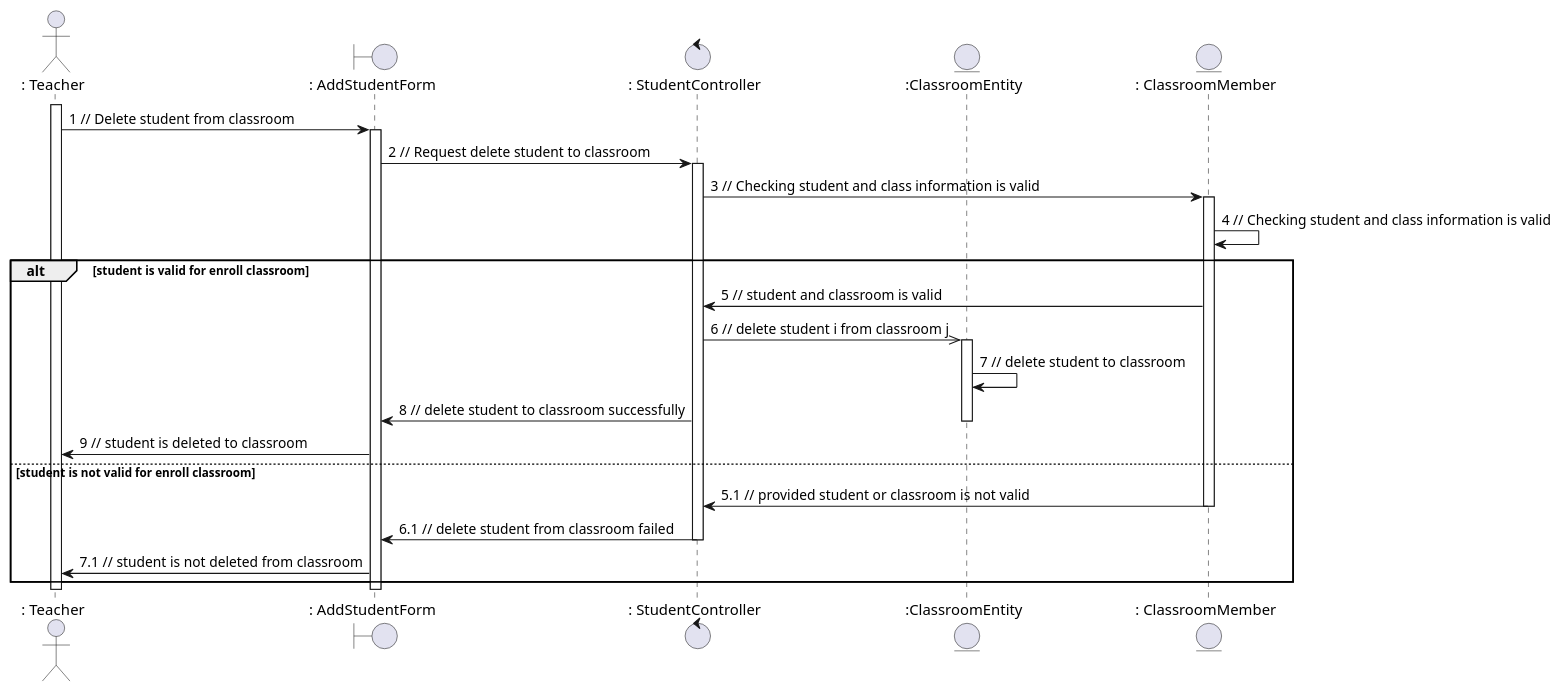
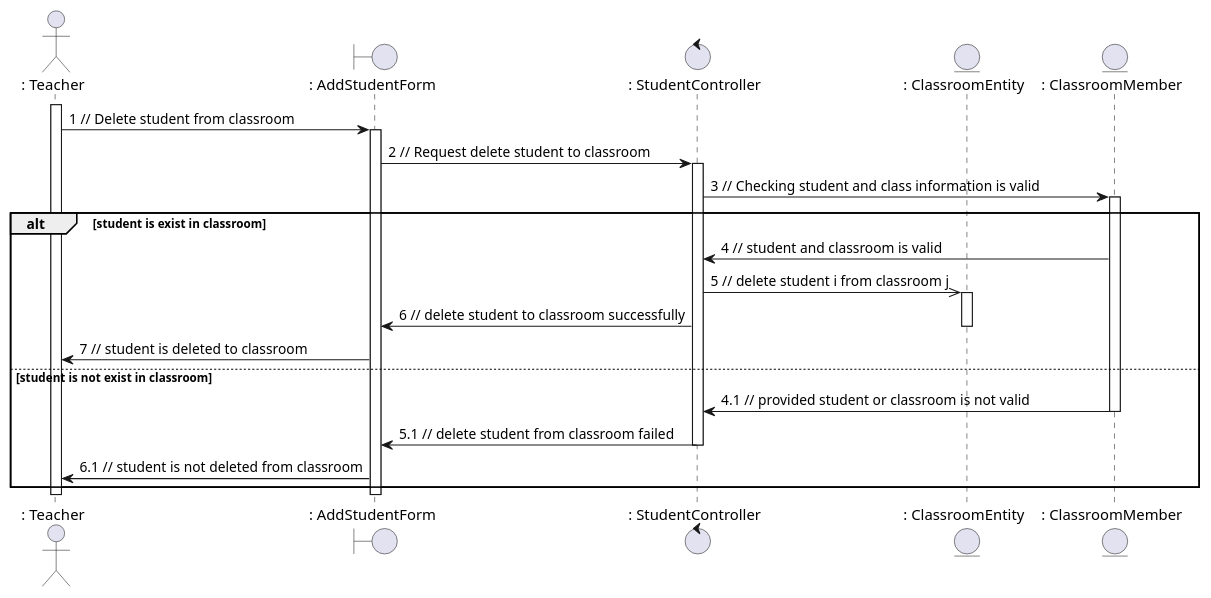
One commit to anonyhostvn/OOAD-Diagram changed the diagram in sequence - analaysis/student /deleteStudent.plantuml. Above: the diagram before and after it, drawn with PlantUML. The commit also changed 13 other files, not shown here.

```diff
--- a/sequence - analaysis/student /deleteStudent.plantuml
+++ b/sequence - analaysis/student /deleteStudent.plantuml
@@ -1,37 +1,35 @@
 @startuml deleteStudent
 
 actor ": Teacher"
 boundary ": AddStudentForm"
 control ": StudentController"
-entity ":ClassroomEntity"
+entity ": ClassroomEntity"
 entity ": ClassroomMember"
 
 activate ": Teacher"
 ": Teacher" -> ": AddStudentForm": 1 // Delete student from classroom
 activate ": AddStudentForm"
 ": AddStudentForm" -> ": StudentController": 2 // Request delete student to classroom
 activate ": StudentController"
 ": StudentController" -> ": ClassroomMember": 3 // Checking student and class information is valid
 activate ": ClassroomMember"
-": ClassroomMember" -> ": ClassroomMember": 4 // Checking student and class information is valid
-alt student is valid for enroll classroom
-    ": ClassroomMember" -> ": StudentController": 5 // student and classroom is valid
-    ": StudentController" ->> ":ClassroomEntity": 6 // delete student i from classroom j
-    activate ":ClassroomEntity" 
-    ":ClassroomEntity" -> ":ClassroomEntity": 7 // delete student to classroom
-    ": StudentController" -> ": AddStudentForm": 8 // delete student to classroom successfully
-    deactivate ":ClassroomEntity"
-    ": AddStudentForm" -> ": Teacher": 9 // student is deleted to classroom
+alt student is exist in classroom
+    ": ClassroomMember" -> ": StudentController": 4 // student and classroom is valid
+    ": StudentController" ->> ": ClassroomEntity": 5 // delete student i from classroom j
+    activate ": ClassroomEntity" 
+    ": StudentController" -> ": AddStudentForm": 6 // delete student to classroom successfully
+    deactivate ": ClassroomEntity"
+    ": AddStudentForm" -> ": Teacher": 7 // student is deleted to classroom
 
-else student is not valid for enroll classroom
-    ": ClassroomMember" -> ": StudentController": 5.1 // provided student or classroom is not valid
+else student is not exist in classroom
+    ": ClassroomMember" -> ": StudentController": 4.1 // provided student or classroom is not valid
     deactivate ": ClassroomMember"
-    ": StudentController" -> ": AddStudentForm": 6.1 // delete student from classroom failed
+    ": StudentController" -> ": AddStudentForm": 5.1 // delete student from classroom failed
     deactivate ": StudentController"
-    ": AddStudentForm" -> ": Teacher": 7.1 // student is not deleted from classroom
+    ": AddStudentForm" -> ": Teacher": 6.1 // student is not deleted from classroom
 end
 
 deactivate ": AddStudentForm"
 deactivate ": Teacher"
 
 @enduml
```
